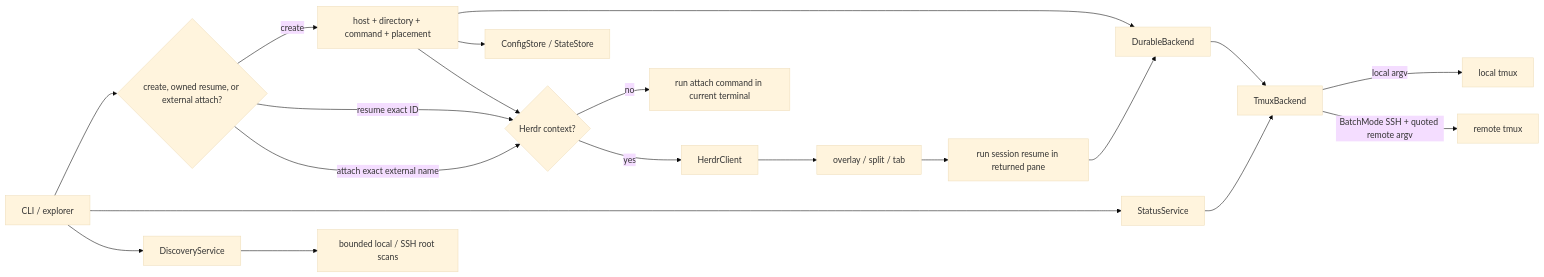
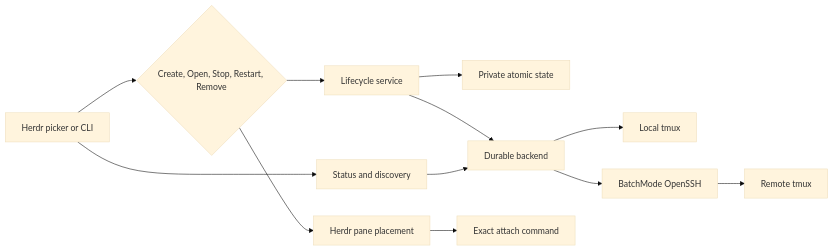
One commit to moneycaringcoder/herdr-tether changed the diagram in docs/architecture.md. Above: the diagram before and after it, drawn with Mermaid (base theme). The commit also changed other lines of this file and 45 other files, not shown here.

````diff
--- a/docs/architecture.md
+++ b/docs/architecture.md
@@ -22,22 +9,14 @@
 ```mermaid
 flowchart LR
-    CLI[CLI / explorer] --> Intent{create, owned resume, or external attach?}
-    CLI --> Status[StatusService]
-    CLI --> Discovery[DiscoveryService]
-    Discovery --> Roots[bounded local / SSH root scans]
-    Status --> Tmux
-    Intent -->|create| Select[host + directory + command + placement]
-    Select --> Durable[DurableBackend]
-    Durable --> Tmux[TmuxBackend]
-    Tmux -->|local argv| Local[local tmux]
-    Tmux -->|BatchMode SSH + quoted remote argv| Remote[remote tmux]
-    Select --> Store[ConfigStore / StateStore]
-    Intent -->|resume exact ID| Context
-    Intent -->|attach exact external name| Context
-    Select --> Context{Herdr context?}
-    Context -->|no| Attach[run attach command in current terminal]
-    Context -->|yes| Herdr[HerdrClient]
-    Herdr --> Pane[overlay / split / tab]
-    Pane --> Resume[run session resume in returned pane]
-    Resume --> Durable
+    UI[Herdr picker or CLI] --> Intent{Create, Open, Stop, Restart, Remove}
+    UI --> Observe[Status and discovery]
+    Intent --> Life[Lifecycle service]
+    Life --> State[Private atomic state]
+    Life --> Backend[Durable backend]
+    Observe --> Backend
+    Backend --> Local[Local tmux]
+    Backend --> SSH[BatchMode OpenSSH]
+    SSH --> Remote[Remote tmux]
+    Intent --> Place[Herdr pane placement]
+    Place --> Attach[Exact attach command]
 ```
````
